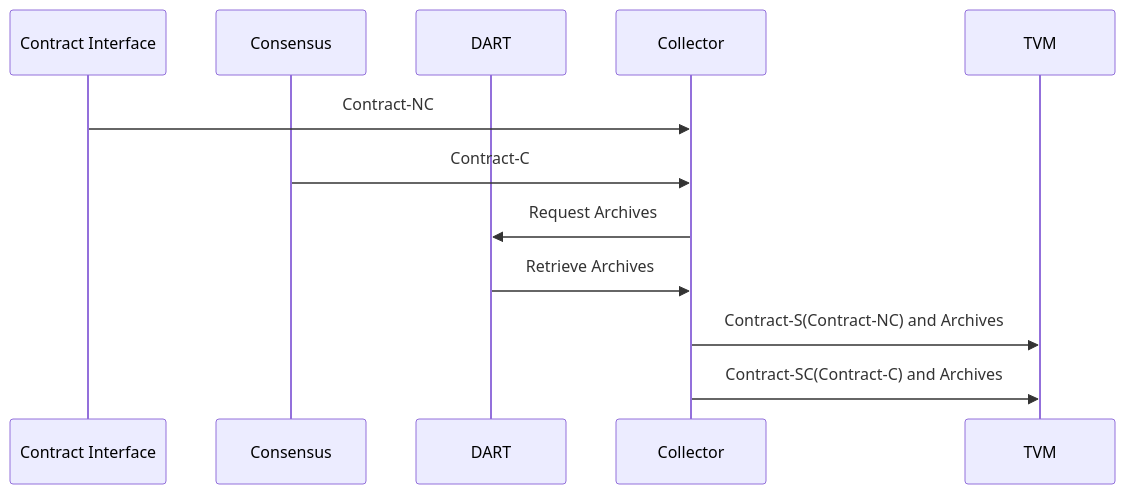
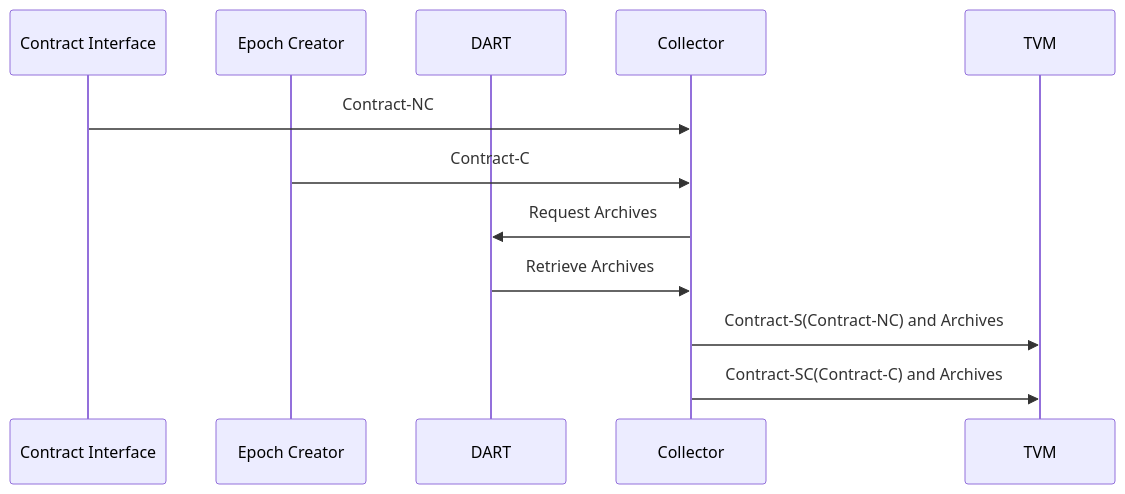
Before and after one commit to tagion/tagion: the diagram in documents/architecture/Collector.md, drawn with Mermaid. The commit also changed other lines of this file, not shown here.

Commit message:
collector updated

````diff
--- a/documents/architecture/Collector.md
+++ b/documents/architecture/Collector.md
@@ -26,15 +26,15 @@
 ```mermaid
 sequenceDiagram
     participant Contract Interface
-    participant Consensus
+    participant Epoch Creator
     participant DART 
     participant Collector
     participant TVM 
     Contract Interface->>Collector: Contract-NC 
-    Consensus->>Collector: Contract-C
+    Epoch Creator->>Collector: Contract-C
     Collector->>DART: Request Archives
     DART->>Collector: Retrieve Archives
     Collector->>TVM: Contract-S(Contract-NC) and Archives
     Collector->>TVM: Contract-SC(Contract-C) and Archives
 
 ```
````
